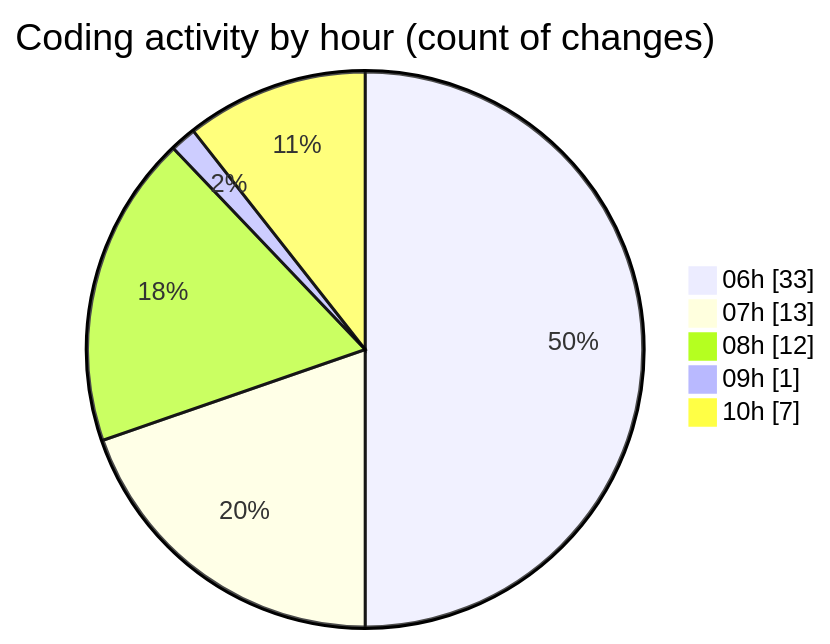
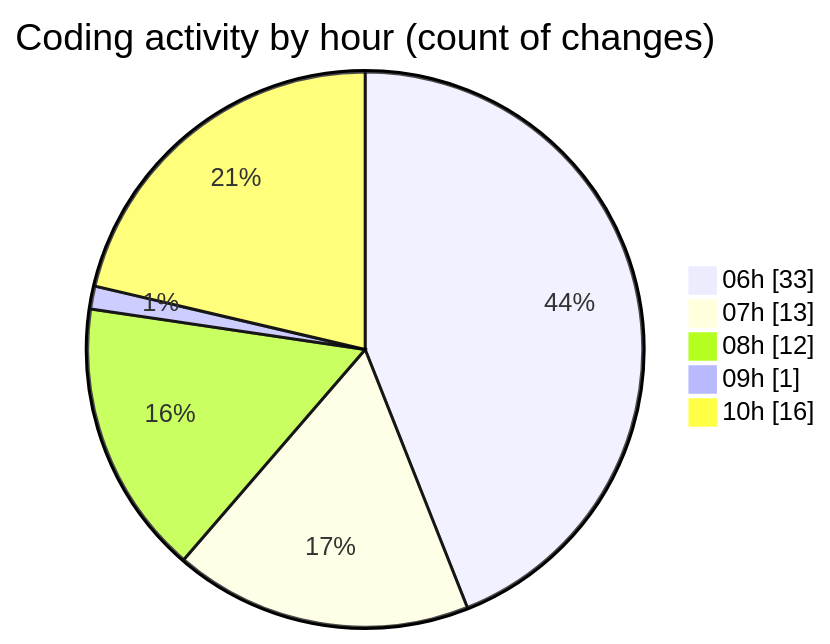
Before and after one commit to charlie-sans/code-tracking: the second of 2 diagrams in 2025-02-21/micros/README.md, drawn with Mermaid. The commit also changed other lines of this file and 1 other file, not shown here.

````diff
--- a/2025-02-21/micros/README.md
+++ b/2025-02-21/micros/README.md
@@ -70,9 +70,9 @@
 ```mermaid
 pie showData
 title Coding activity by hour (count of changes)
 "06h" : 33
 "07h" : 13
 "08h" : 12
 "09h" : 1
-"10h" : 7
+"10h" : 16
 ```
````
